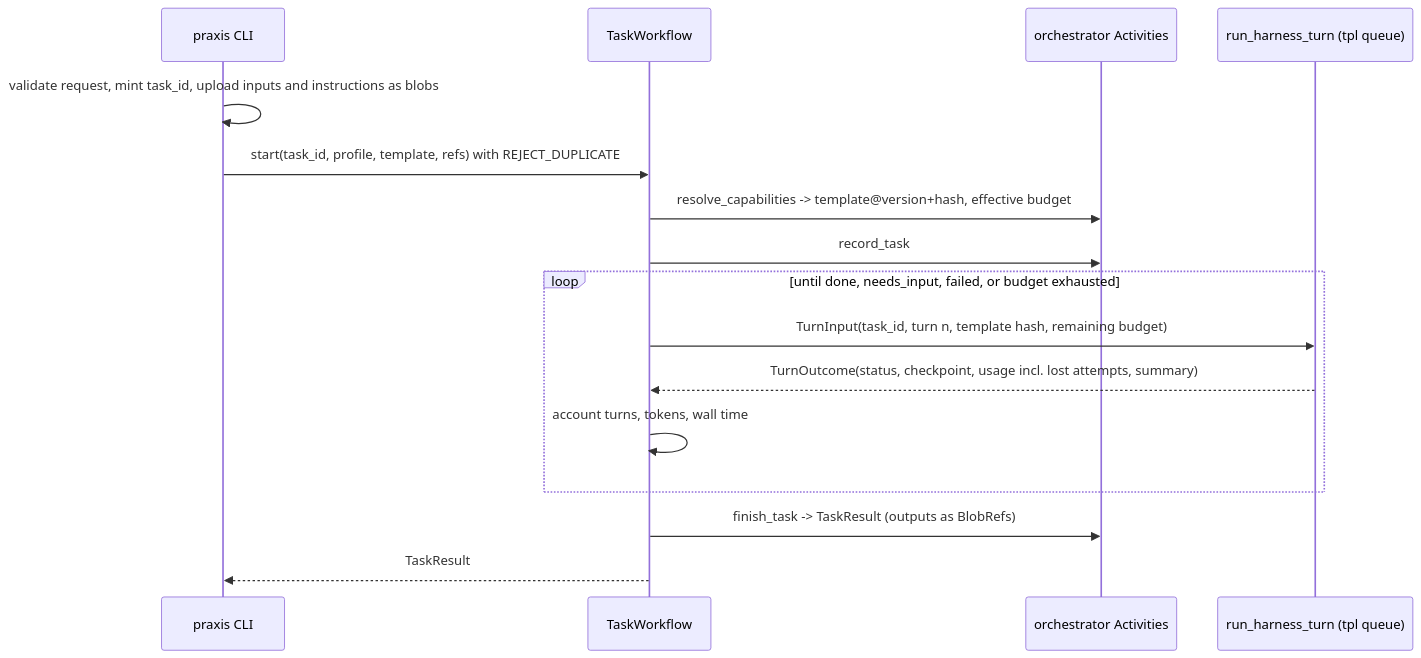
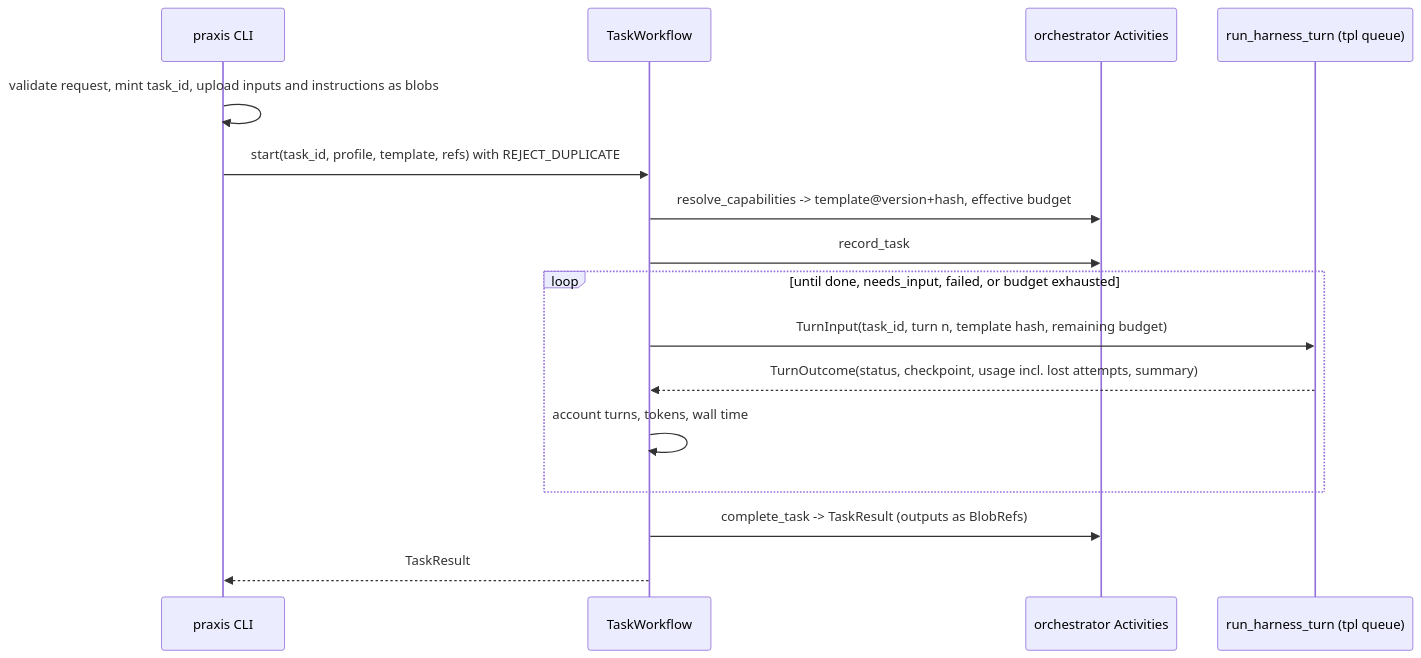
Before and after one commit to geosp/praxismesh: the second of 2 diagrams in docs/rfcs/phase-1-single-agent.md, drawn with Mermaid. The commit also changed other lines of this file and 3 other files, not shown here.

First line of the commit message:
Phase 1 design revision 4: finish_task tool, fresh-start restore, Nits

````diff
--- a/docs/rfcs/phase-1-single-agent.md
+++ b/docs/rfcs/phase-1-single-agent.md
@@ -174,18 +176,18 @@
 ```mermaid
 sequenceDiagram
   participant C as praxis CLI
   participant W as TaskWorkflow
   participant A as orchestrator Activities
   participant H as run_harness_turn (tpl queue)
   C->>C: validate request, mint task_id, upload inputs and instructions as blobs
   C->>W: start(task_id, profile, template, refs) with REJECT_DUPLICATE
   W->>A: resolve_capabilities -> template@version+hash, effective budget
   W->>A: record_task
   loop until done, needs_input, failed, or budget exhausted
     W->>H: TurnInput(task_id, turn n, template hash, remaining budget)
     H-->>W: TurnOutcome(status, checkpoint, usage incl. lost attempts, summary)
     W->>W: account turns, tokens, wall time
   end
-  W->>A: finish_task -> TaskResult (outputs as BlobRefs)
+  W->>A: complete_task -> TaskResult (outputs as BlobRefs)
   W-->>C: TaskResult
 ```
````
